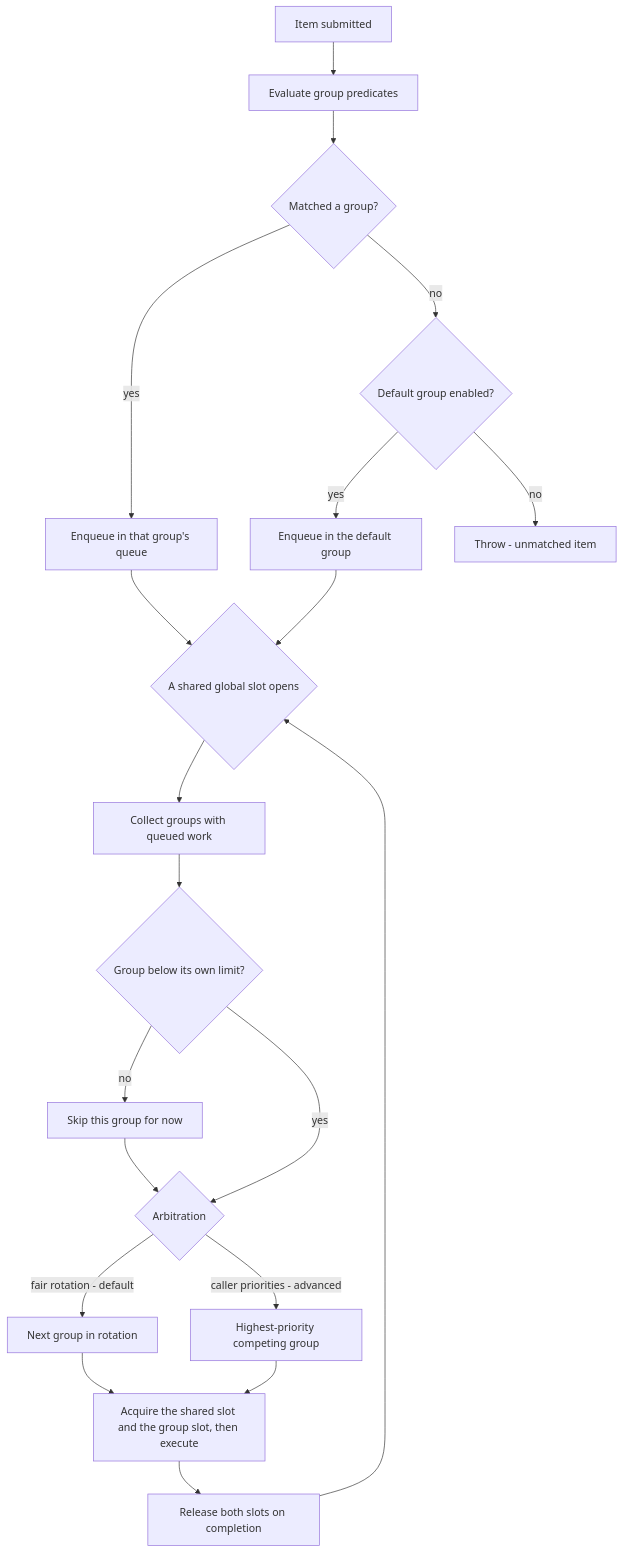
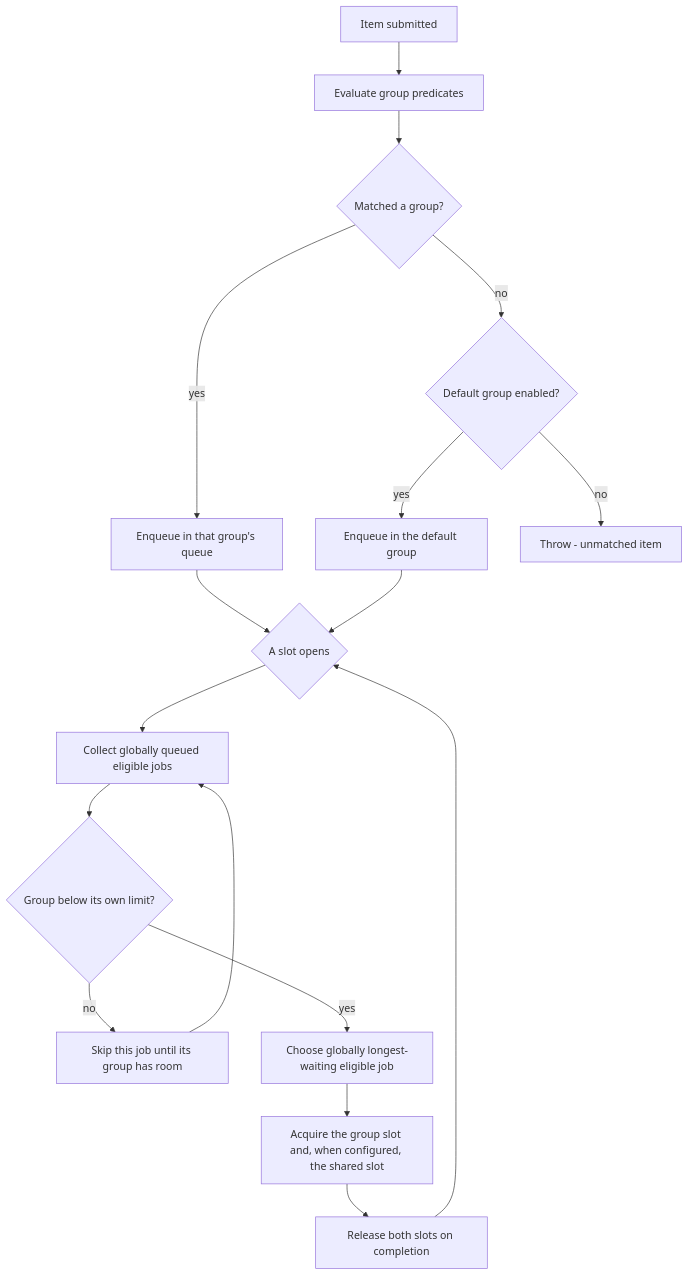
Before and after one commit to MatanelGordon/Limitful: the diagram in docs/utilities/grouped-rate-controller.md, drawn with Mermaid. The commit also changed other lines of this file and 19 other files, not shown here.

````diff
--- a/docs/utilities/grouped-rate-controller.md
+++ b/docs/utilities/grouped-rate-controller.md
@@ -79,24 +74,21 @@
 ```mermaid
 flowchart TD
   IN["Item submitted"] --> P["Evaluate group predicates"]
   P --> M{"Matched a group?"}
   M -->|"yes"| GQ["Enqueue in that group's queue"]
   M -->|"no"| DG{"Default group enabled?"}
   DG -->|"yes"| DQ["Enqueue in the default group"]
   DG -->|"no"| TH["Throw - unmatched item"]
 
   GQ --> ARB
   DQ --> ARB
 
-  ARB{"A shared global slot opens"} --> COMP["Collect groups with queued work"]
+  ARB{"A slot opens"} --> COMP["Collect globally queued eligible jobs"]
   COMP --> LIM{"Group below its own limit?"}
-  LIM -->|"no"| SKIP["Skip this group for now"]
-  SKIP --> ROT
-  LIM -->|"yes"| ROT{"Arbitration"}
-  ROT -->|"fair rotation - default"| PICK["Next group in rotation"]
-  ROT -->|"caller priorities - advanced"| PRIO["Highest-priority competing group"]
-  PICK --> RUN["Acquire the shared slot and the group slot, then execute"]
-  PRIO --> RUN
+  LIM -->|"no"| SKIP["Skip this job until its group has room"]
+  SKIP --> COMP
+  LIM -->|"yes"| PICK["Choose globally longest-waiting eligible job"]
+  PICK --> RUN["Acquire the group slot and, when configured, the shared slot"]
   RUN --> REL["Release both slots on completion"]
   REL --> ARB
 ```
````
